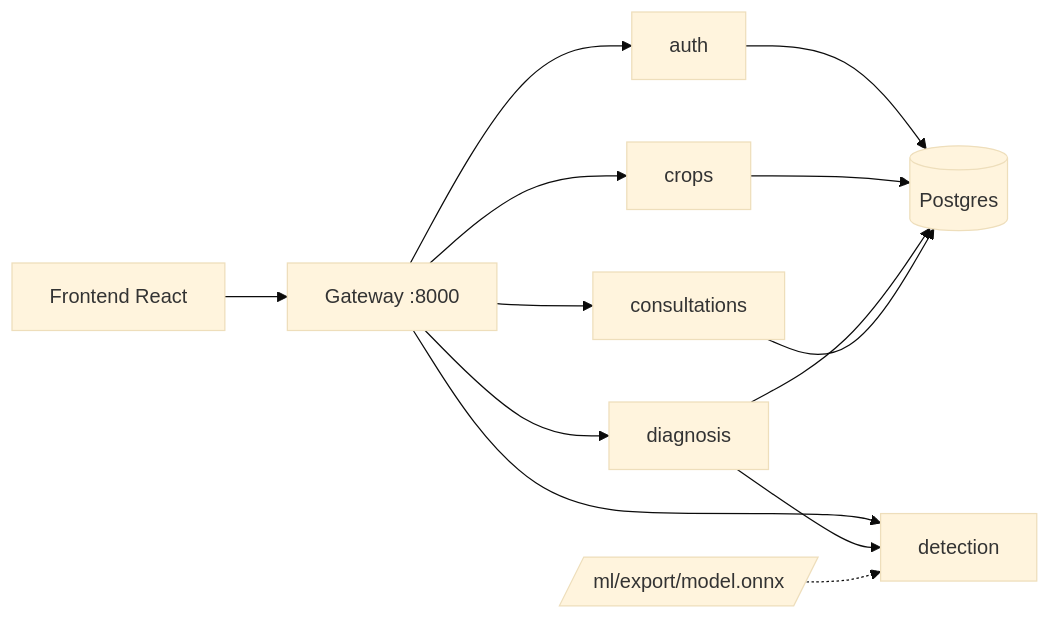
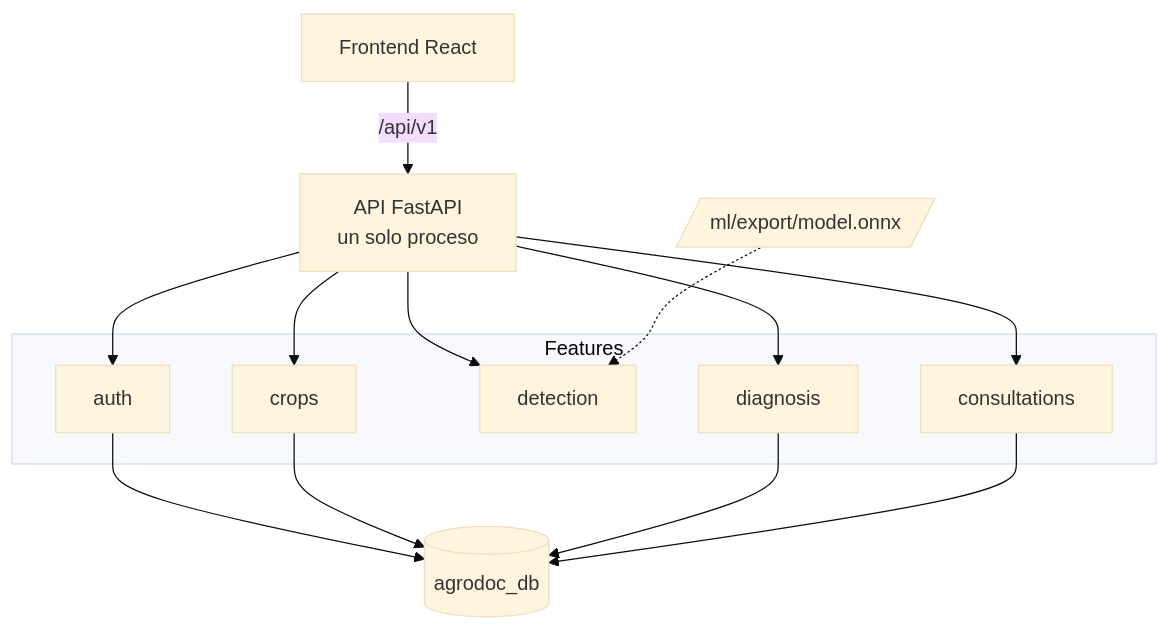
Before and after one commit to maferodri/AgroDoc: the diagram in README.md, drawn with Mermaid (base theme). The commit also changed other lines of this file and 123 other files, not shown here.

````diff
--- a/README.md
+++ b/README.md
@@ -17,15 +17,24 @@
 ```mermaid
-flowchart LR
-    web[Frontend React] --> gw[Gateway :8000]
-    gw --> auth[auth]
-    gw --> crops[crops]
-    gw --> detection[detection]
-    gw --> diagnosis[diagnosis]
-    gw --> consultations[consultations]
-    diagnosis --> detection
-    auth --> pg[(Postgres)]
+flowchart TB
+    web[Frontend React] -->|/api/v1| api[API FastAPI<br/>un solo proceso]
+
+    subgraph slices[Features]
+        auth[auth]
+        crops[crops]
+        detection[detection]
+        diagnosis[diagnosis]
+        consultations[consultations]
+    end
+
+    api --> auth
+    api --> crops
+    api --> detection
+    api --> diagnosis
+    api --> consultations
+
+    auth --> pg[(agrodoc_db)]
     crops --> pg
     diagnosis --> pg
     consultations --> pg
     model[/ml/export/model.onnx/] -.-> detection
 ```
````
